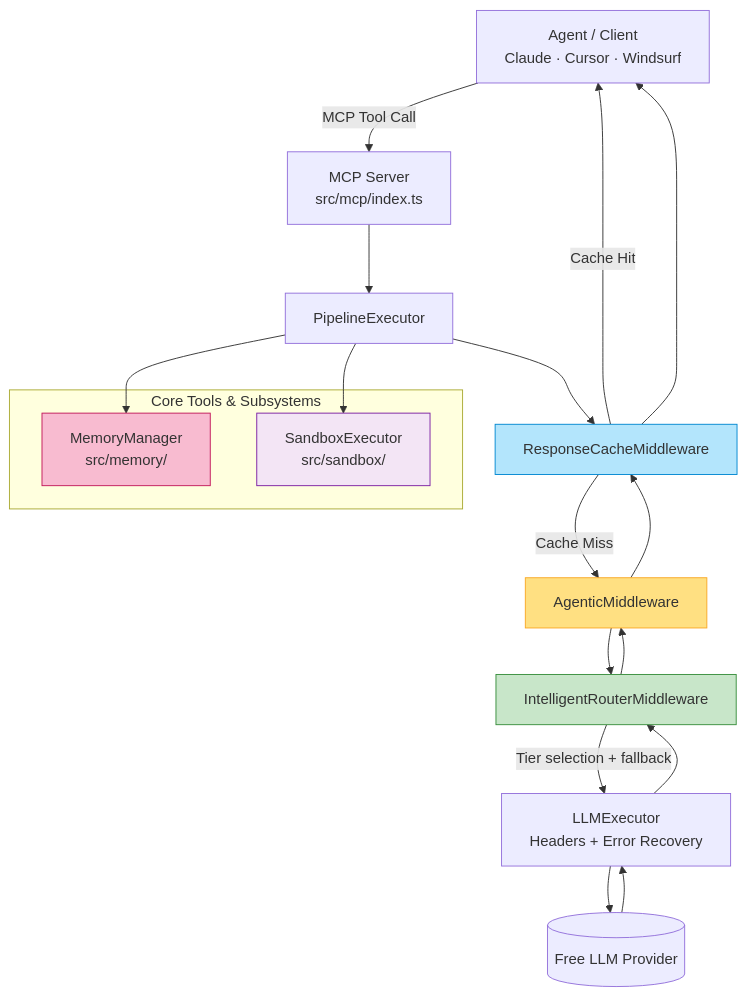
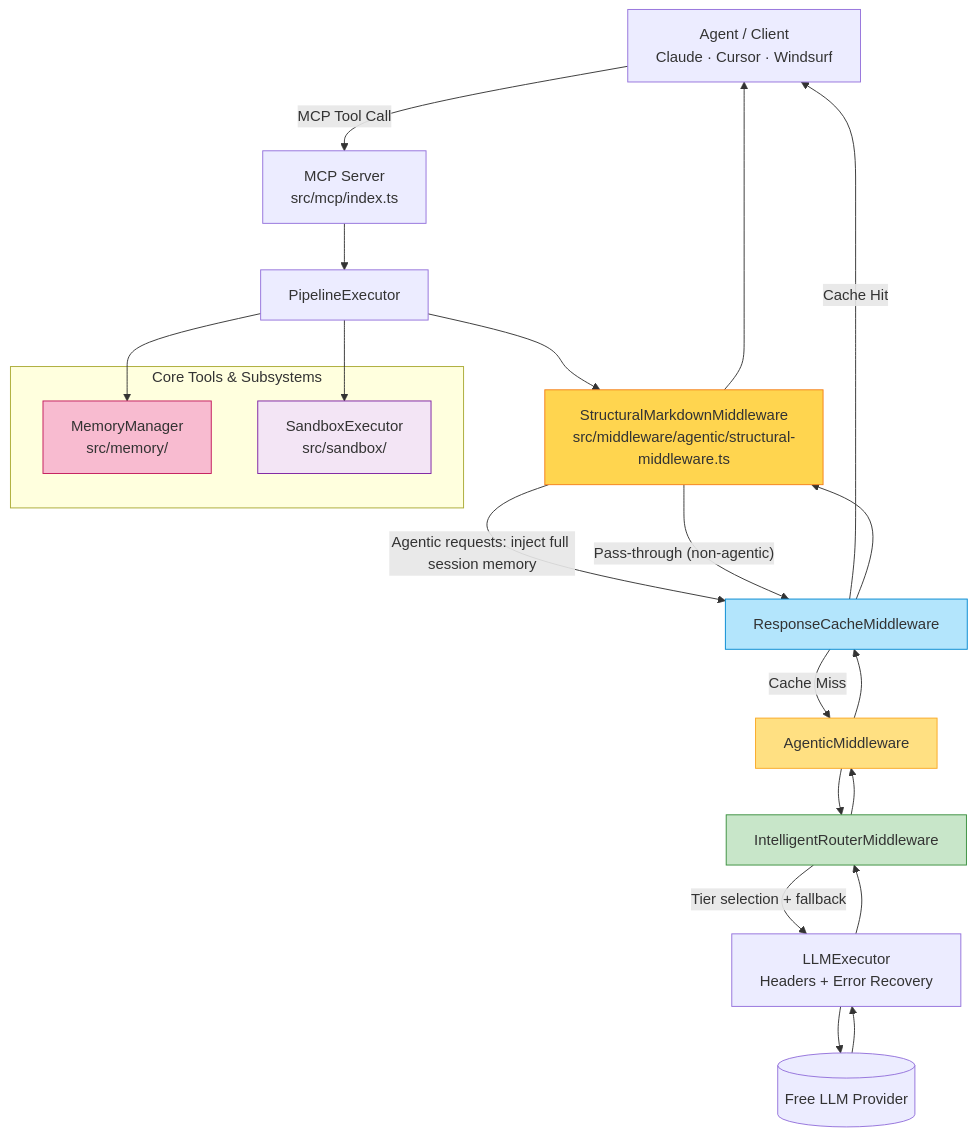
One commit to djmahe4/awesome-free-llm-apis changed the diagram in mcp-server/README.md. Above: the diagram before and after it, drawn with Mermaid. The commit also changed other lines of this file and 30 other files, not shown here.

First line of the commit message:
v1.0.4: Mode fix, structural memory middleware, anti-over-iteration, stateful coding, dashboard memory viewer (#25)

````diff
--- a/mcp-server/README.md
+++ b/mcp-server/README.md
@@ -9,28 +9,31 @@
 ```mermaid
 graph TD
     A[Agent / Client<br/>Claude · Cursor · Windsurf] -->|MCP Tool Call| B[MCP Server<br/>src/mcp/index.ts]
     B --> C[PipelineExecutor]
     
     subgraph "Core Tools & Subsystems"
-        I[MemoryManager<br/>src/memory/]
-        J[SandboxExecutor<br/>src/sandbox/]
+        J[MemoryManager<br/>src/memory/]
+        K[SandboxExecutor<br/>src/sandbox/]
     end
 
-    C --> D[ResponseCacheMiddleware]
-    D -->|Cache Miss| E[AgenticMiddleware]
-    E --> F[IntelligentRouterMiddleware]
-    F -->|Tier selection + fallback| G[LLMExecutor<br/>Headers + Error Recovery]
-    G --> H[(Free LLM Provider)]
+    C --> D[StructuralMarkdownMiddleware<br/>src/middleware/agentic/structural-middleware.ts]
+    D -->|Agentic requests: inject full session memory| E[ResponseCacheMiddleware]
+    E -->|Cache Miss| F[AgenticMiddleware]
+    F --> G[IntelligentRouterMiddleware]
+    G -->|Tier selection + fallback| H[LLMExecutor<br/>Headers + Error Recovery]
+    H --> I[(Free LLM Provider)]
 
-    C --> I
-    C --> J
+    C --> J[MemoryManager<br/>src/memory/]
+    C --> K[SandboxExecutor<br/>src/sandbox/]
     
-    D -->|Cache Hit| A
-    H --> G --> F --> E --> D --> A
+    D -->|"Pass-through (non-agentic)"| E
+    E -->|Cache Hit| A
+    I --> H --> G --> F --> E --> D --> A
 
-    style E fill:#ffe082,stroke:#f9a825
-    style D fill:#b3e5fc,stroke:#0288d1
-    style F fill:#c8e6c9,stroke:#388e3c
-    style I fill:#f8bbd0,stroke:#c2185b
-    style J fill:#f3e5f5,stroke:#7b1fa2
+    style D fill:#ffd54f,stroke:#f57f17
+    style F fill:#ffe082,stroke:#f9a825
+    style E fill:#b3e5fc,stroke:#0288d1
+    style G fill:#c8e6c9,stroke:#388e3c
+    style J fill:#f8bbd0,stroke:#c2185b
+    style K fill:#f3e5f5,stroke:#7b1fa2
 ```
````
